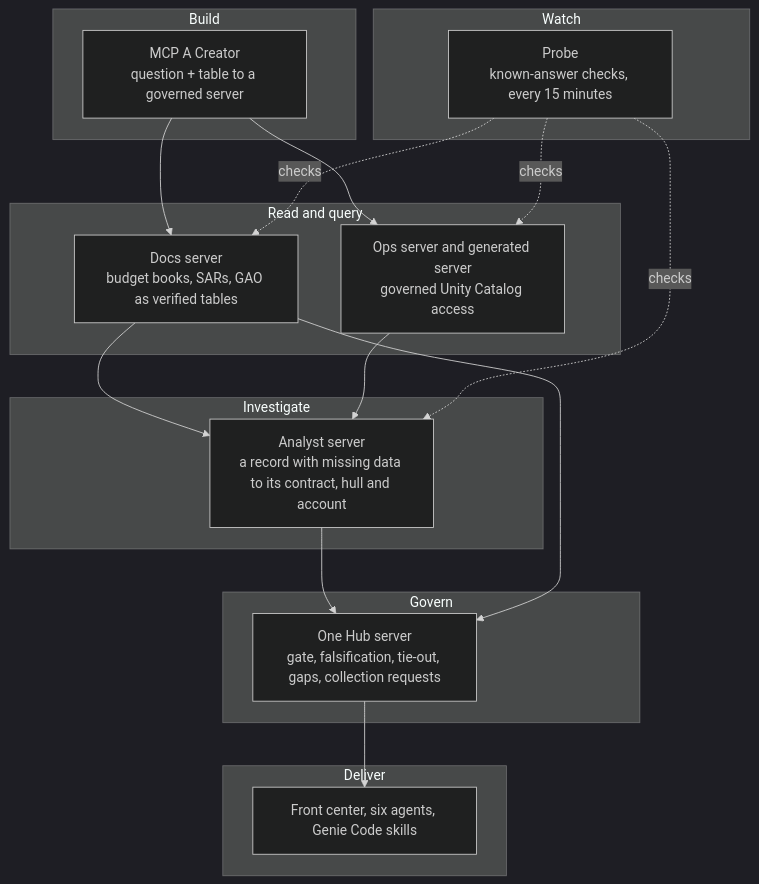
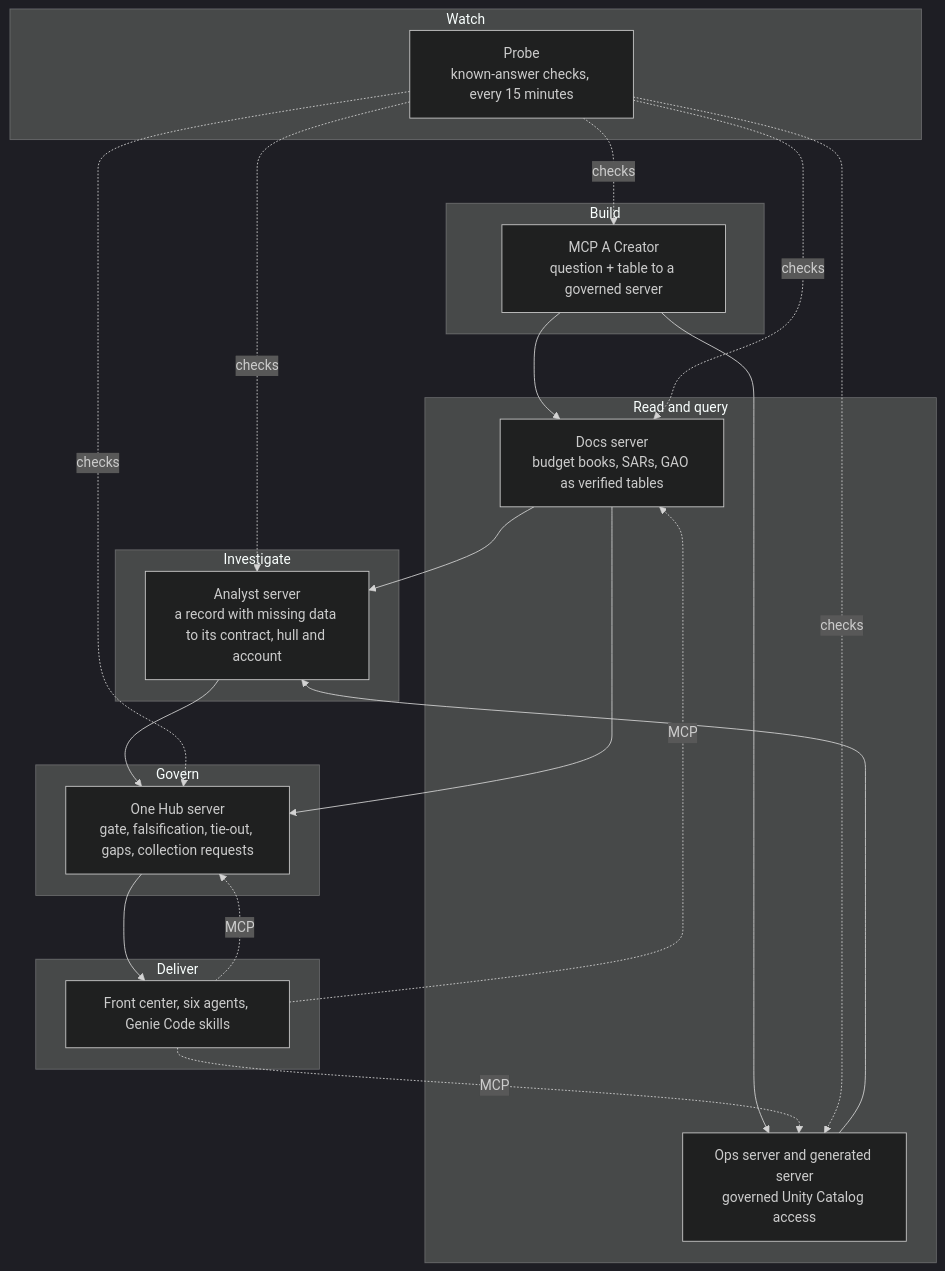
One commit to gsa-mcp-hackathon/gsa-hackathon-mcp-creator-and-agent-for-air-carrier changed the diagram in docs/IMPACT.md. Above: the diagram before and after it, drawn with Mermaid (dark theme). The commit also changed other lines of this file and 40 other files, not shown here.

````diff
--- a/docs/IMPACT.md
+++ b/docs/IMPACT.md
@@ -103,29 +103,30 @@
 ```mermaid
 flowchart TB
   subgraph Build["Build"]
     CR["MCP A Creator<br/>question + table to a governed server"]
   end
   subgraph Read["Read and query"]
     DOC["Docs server<br/>budget books, SARs, GAO as verified tables"]
     OPS["Ops server and generated server<br/>governed Unity Catalog access"]
   end
   subgraph Reason["Investigate"]
     AN["Analyst server<br/>a record with missing data to its contract, hull and account"]
   end
   subgraph Govern["Govern"]
     HUB["One Hub server<br/>gate, falsification, tie-out, gaps, collection requests"]
   end
   subgraph Watch["Watch"]
     PR["Probe<br/>known-answer checks, every 15 minutes"]
   end
   subgraph Deliver["Deliver"]
     FC["Front center, six agents, Genie Code skills"]
   end
   CR --> DOC & OPS
   DOC --> AN
   OPS --> AN
   AN --> HUB
   DOC --> HUB
   HUB --> FC
-  PR -. checks .-> DOC & AN & OPS
+  FC -. MCP .-> DOC & OPS & HUB
+  PR -. checks .-> DOC & AN & OPS & HUB & CR
 ```
````
